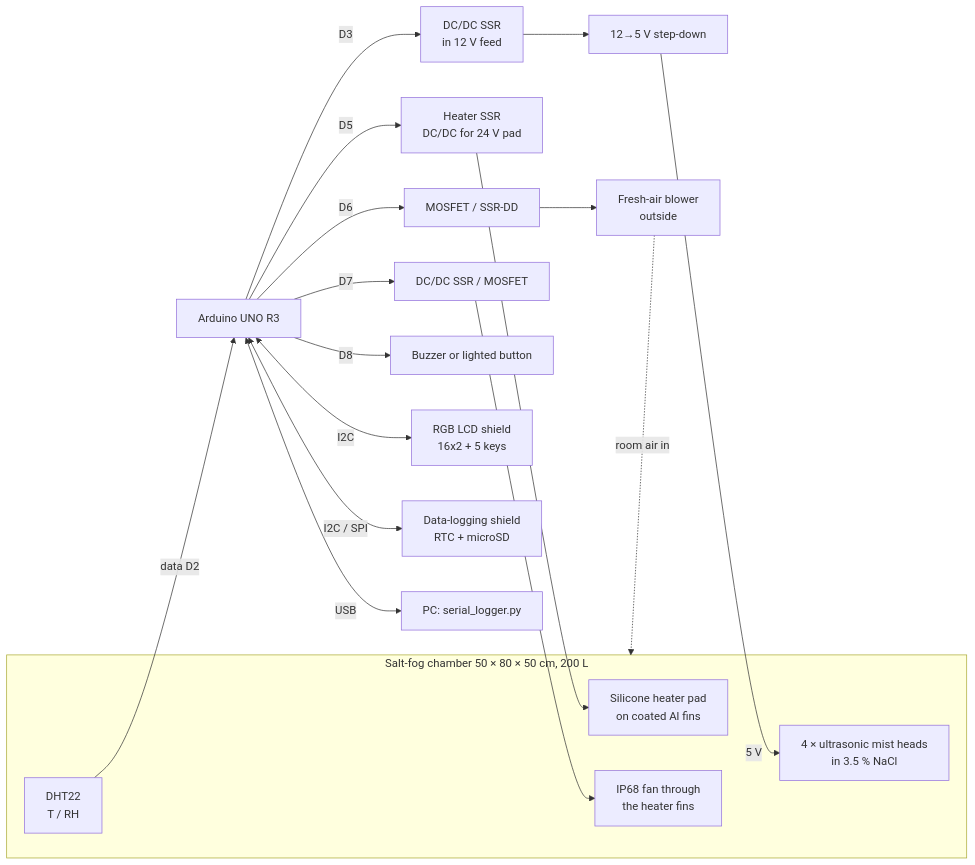
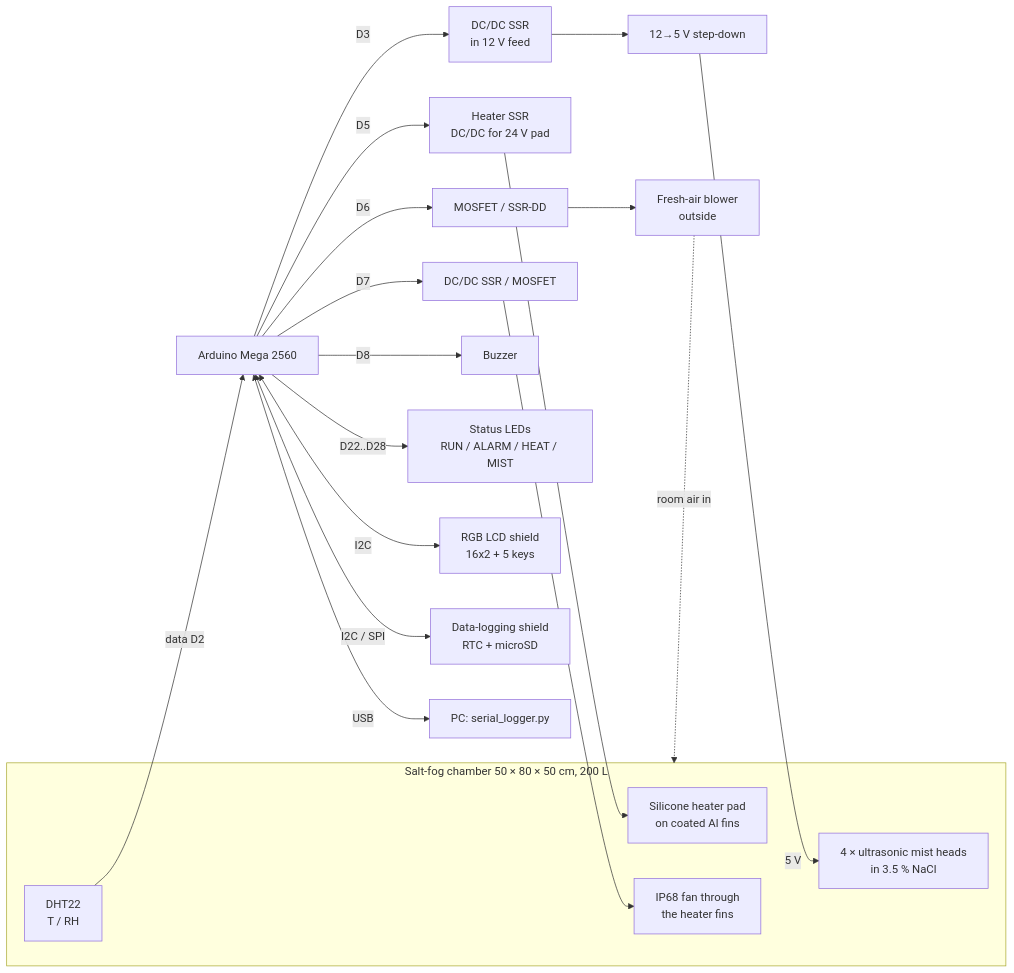
The diagram in docs/control-design.md (iisangon-gif/Stress-Corrosion-Cracking-Test-Chamber), drawn with Mermaid before and after one commit. The commit also changed other lines of this file and 11 other files, not shown here.

First line of the commit message:
Switch to Arduino Mega 2560; restore buzzer; add four status LEDs

````diff
--- a/docs/control-design.md
+++ b/docs/control-design.md
@@ -20,19 +21,20 @@
 ```mermaid
 flowchart LR
     subgraph Chamber["Salt-fog chamber 50 × 80 × 50 cm, 200 L"]
         DHT[DHT22<br/>T / RH]
         MIST[4 × ultrasonic mist heads<br/>in 3.5 % NaCl]
         HTR[Silicone heater pad<br/>on coated Al fins]
         CF[IP68 fan through<br/>the heater fins]
     end
     FA[Fresh-air blower<br/>outside] -. room air in .-> Chamber
-    DHT -- data D2 --> UNO
-    UNO[Arduino UNO R3] -- D3 --> M1[DC/DC SSR<br/>in 12 V feed] --> BK[12→5 V step-down] -- 5 V --> MIST
-    UNO -- D5 --> S1[Heater SSR<br/>DC/DC for 24 V pad] --> HTR
-    UNO -- D6 --> M2[MOSFET / SSR-DD] --> FA
-    UNO -- D7 --> M3[DC/DC SSR / MOSFET] --> CF
-    UNO -- D8 --> AL[Buzzer or lighted button]
-    UNO <-- I2C --> LCD[RGB LCD shield<br/>16x2 + 5 keys]
-    UNO <-- I2C / SPI --> LOG[Data-logging shield<br/>RTC + microSD]
-    UNO <-- USB --> PC[PC: serial_logger.py]
+    DHT -- data D2 --> MEGA
+    MEGA[Arduino Mega 2560] -- D3 --> M1[DC/DC SSR<br/>in 12 V feed] --> BK[12→5 V step-down] -- 5 V --> MIST
+    MEGA -- D5 --> S1[Heater SSR<br/>DC/DC for 24 V pad] --> HTR
+    MEGA -- D6 --> M2[MOSFET / SSR-DD] --> FA
+    MEGA -- D7 --> M3[DC/DC SSR / MOSFET] --> CF
+    MEGA -- D8 --> AL[Buzzer]
+    MEGA -- D22..D28 --> LED[Status LEDs<br/>RUN / ALARM / HEAT / MIST]
+    MEGA <-- I2C --> LCD[RGB LCD shield<br/>16x2 + 5 keys]
+    MEGA <-- I2C / SPI --> LOG[Data-logging shield<br/>RTC + microSD]
+    MEGA <-- USB --> PC[PC: serial_logger.py]
 ```
````
